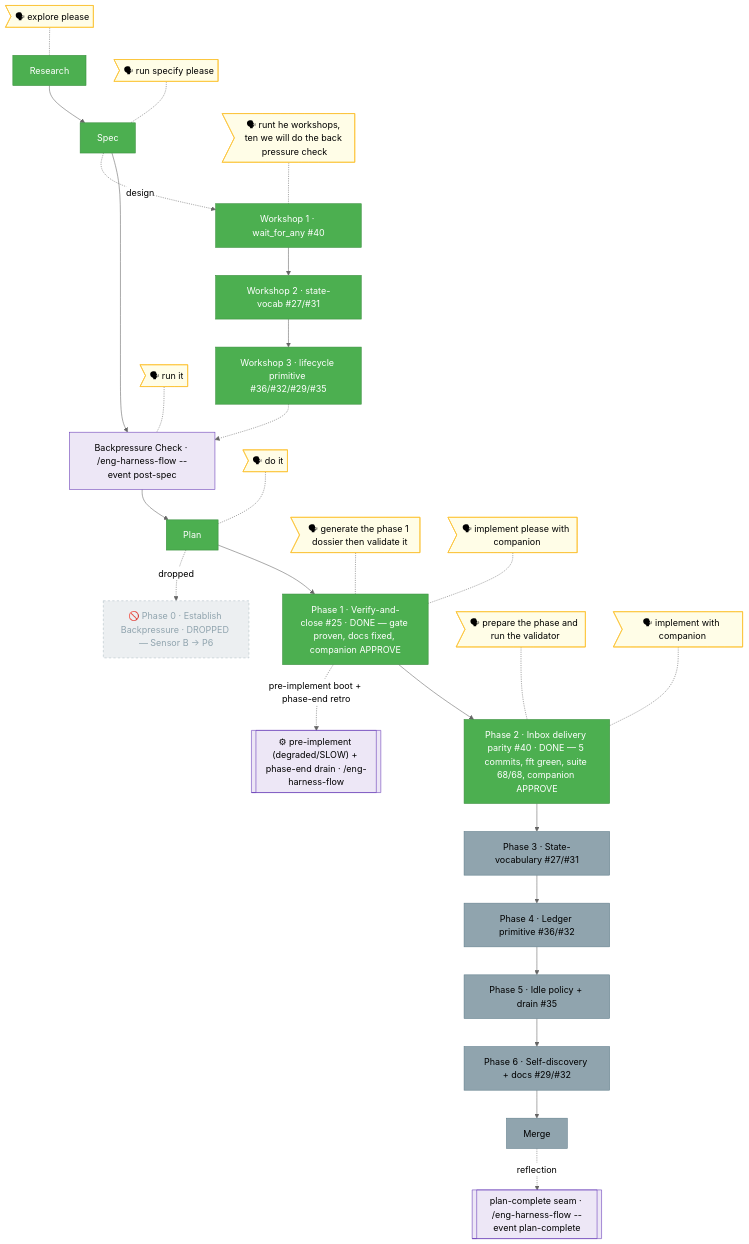
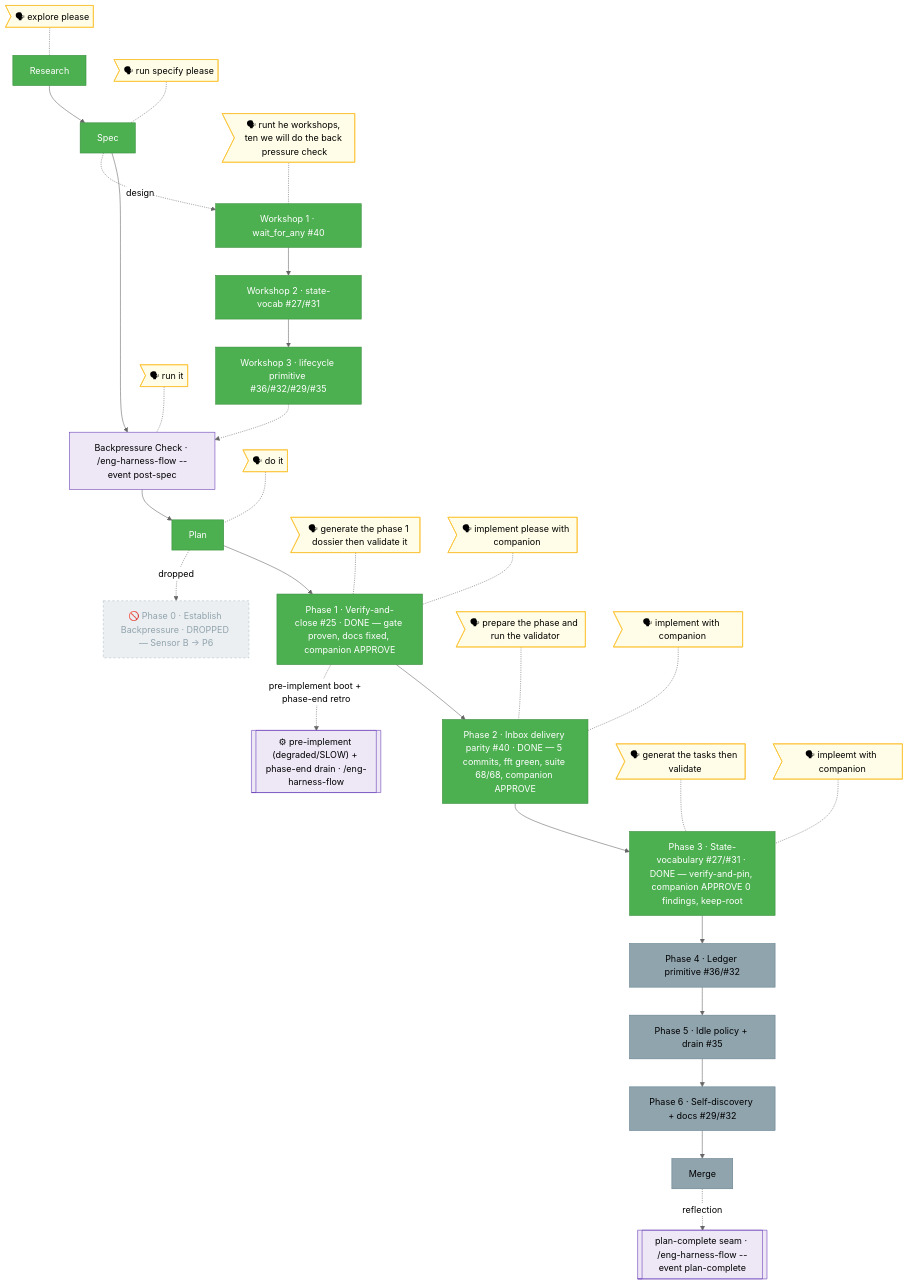
Before and after one commit to AI-Substrate/minih: the diagram in docs/plans/027-companion-coordination/the-flow.md, drawn with Mermaid (neutral theme). The commit also changed other lines of this file and 4 other files, not shown here.

First line of the commit message:
chore(027): close Phase 3 (#27/#31) — execution log, task table, companion debrief, advance flight plan to Phase 4

````diff
--- a/docs/plans/027-companion-coordination/the-flow.md
+++ b/docs/plans/027-companion-coordination/the-flow.md
@@ -7,52 +7,56 @@
 ```mermaid
 flowchart TD
     classDef done    fill:#4CAF50,stroke:#388E3C,color:#fff
     classDef wip     fill:#FF9800,stroke:#F57C00,color:#000
     classDef blocked fill:#F44336,stroke:#D32F2F,color:#fff
     classDef known   fill:#90A4AE,stroke:#607D8B,color:#000
     classDef assumed fill:#ECEFF1,stroke:#B0BEC5,color:#90A4AE,stroke-dasharray:4 4
     classDef said    fill:#FFFDE7,stroke:#FBC02D,color:#000
     classDef harness fill:#EDE7F6,stroke:#673AB7,color:#000
 
     %% ── spine; post-spec Backpressure Check sits between Spec and Plan ──
     R[Research]:::done --> S[Spec]:::done
     S --> BP["Backpressure Check · /eng-harness-flow --event post-spec"]:::harness --> PL[Plan]:::done
     PL --> P1[Phase 1 · Verify-and-close #25 · DONE — gate proven, docs fixed, companion APPROVE]:::done
     PL -.->|dropped| P0["🚫 Phase 0 · Establish Backpressure · DROPPED — Sensor B → P6"]:::assumed
     P1 --> P2[Phase 2 · Inbox delivery parity #40 · DONE — 5 commits, fft green, suite 68/68, companion APPROVE]:::done
-    P2 --> P3[Phase 3 · State-vocabulary #27/#31]:::known
+    P2 --> P3[Phase 3 · State-vocabulary #27/#31 · DONE — verify-and-pin, companion APPROVE 0 findings, keep-root]:::done
     P3 --> P4[Phase 4 · Ledger primitive #36/#32]:::known
     P4 --> P5[Phase 5 · Idle policy + drain #35]:::known
     P5 --> P6[Phase 6 · Self-discovery + docs #29/#32]:::known
     P6 --> M[Merge]:::known
 
     %% ── excursions: each workshop is its own node ──
     S -.->|design| W1[Workshop 1 · wait_for_any #40]:::done
     W1 --> W2[Workshop 2 · state-vocab #27/#31]:::done
     W2 --> W3[Workshop 3 · lifecycle primitive #36/#32/#29/#35]:::done
     W3 -.-> BP
 
     %% ── harness seams (router installed) ──
     P1 -.->|pre-implement boot + phase-end retro| HS1[["⚙ pre-implement (degraded/SLOW) + phase-end drain · /eng-harness-flow"]]:::harness
     M -.->|reflection| HH[["plan-complete seam · /eng-harness-flow --event plan-complete"]]:::harness
 
     %% ── verbatim user-said bubbles ──
     UR>"🗣 explore please"]:::said
     UR -.- R
     US>"🗣 run specify please"]:::said
     US -.- S
     U1>"🗣 runt he workshops, ten we will do the back pressure check"]:::said
     U1 -.- W1
     UBP>"🗣 run it"]:::said
     UBP -.- BP
     UPL>"🗣 do it"]:::said
     UPL -.- PL
     UP1a>"🗣 generate the phase 1 dossier then validate it"]:::said
     UP1a -.- P1
     UP1b>"🗣 implement please with companion"]:::said
     UP1b -.- P1
     UP2a>"🗣 prepare the phase and run the validator"]:::said
     UP2a -.- P2
     UP2b>"🗣 implement with companion"]:::said
     UP2b -.- P2
+    UP3a>"🗣 generat the tasks then validate"]:::said
+    UP3a -.- P3
+    UP3b>"🗣 impleemt with companion"]:::said
+    UP3b -.- P3
 ```
````
